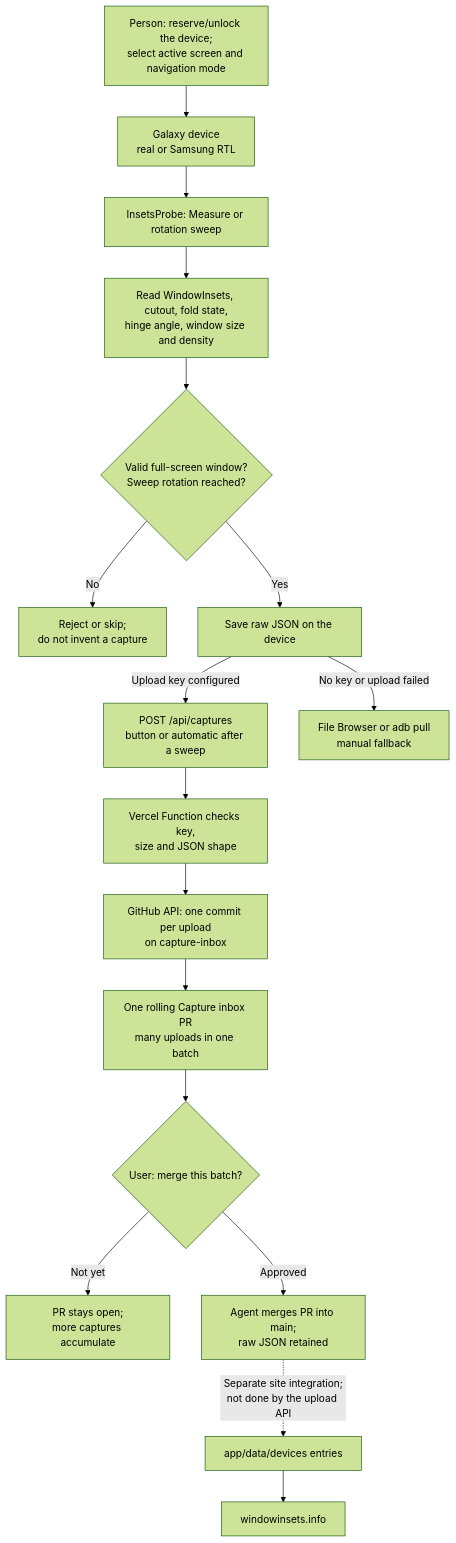
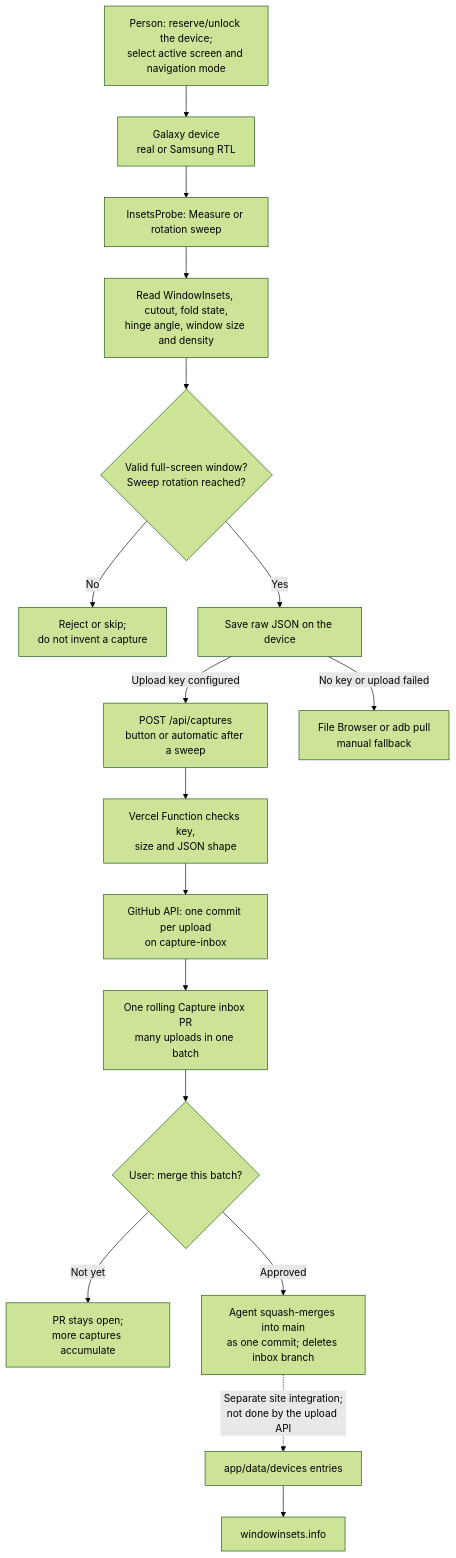
Before and after one commit to easyhooon/windowinsets.info: the diagram in README.md, drawn with Mermaid (forest theme). The commit also changed other lines of this file and 2 other files, not shown here.

First line of the commit message:
docs(upload): squash approved capture batches

````diff
--- a/README.md
+++ b/README.md
@@ -35,19 +35,19 @@
 ```mermaid
 flowchart TD
     A["Person: reserve/unlock the device;<br/>select active screen and navigation mode"] --> B["Galaxy device<br/>real or Samsung RTL"]
     B --> C["InsetsProbe: Measure or rotation sweep"]
     C --> D["Read WindowInsets, cutout, fold state,<br/>hinge angle, window size and density"]
     D --> E{"Valid full-screen window?<br/>Sweep rotation reached?"}
     E -- "No" --> F["Reject or skip;<br/>do not invent a capture"]
     E -- "Yes" --> G["Save raw JSON on the device"]
     G -- "Upload key configured" --> H["POST /api/captures<br/>button or automatic after a sweep"]
     G -- "No key or upload failed" --> I["File Browser or adb pull<br/>manual fallback"]
     H --> J["Vercel Function checks key,<br/>size and JSON shape"]
     J --> K["GitHub API: one commit per upload<br/>on capture-inbox"]
     K --> L["One rolling Capture inbox PR<br/>many uploads in one batch"]
     L --> M{"User: merge this batch?"}
     M -- "Not yet" --> N["PR stays open;<br/>more captures accumulate"]
-    M -- "Approved" --> O["Agent merges PR into main;<br/>raw JSON retained"]
+    M -- "Approved" --> O["Agent squash-merges into main<br/>as one commit; deletes inbox branch"]
     O -. "Separate site integration;<br/>not done by the upload API" .-> Q["app/data/devices entries"]
     Q --> P["windowinsets.info"]
 ```
````
